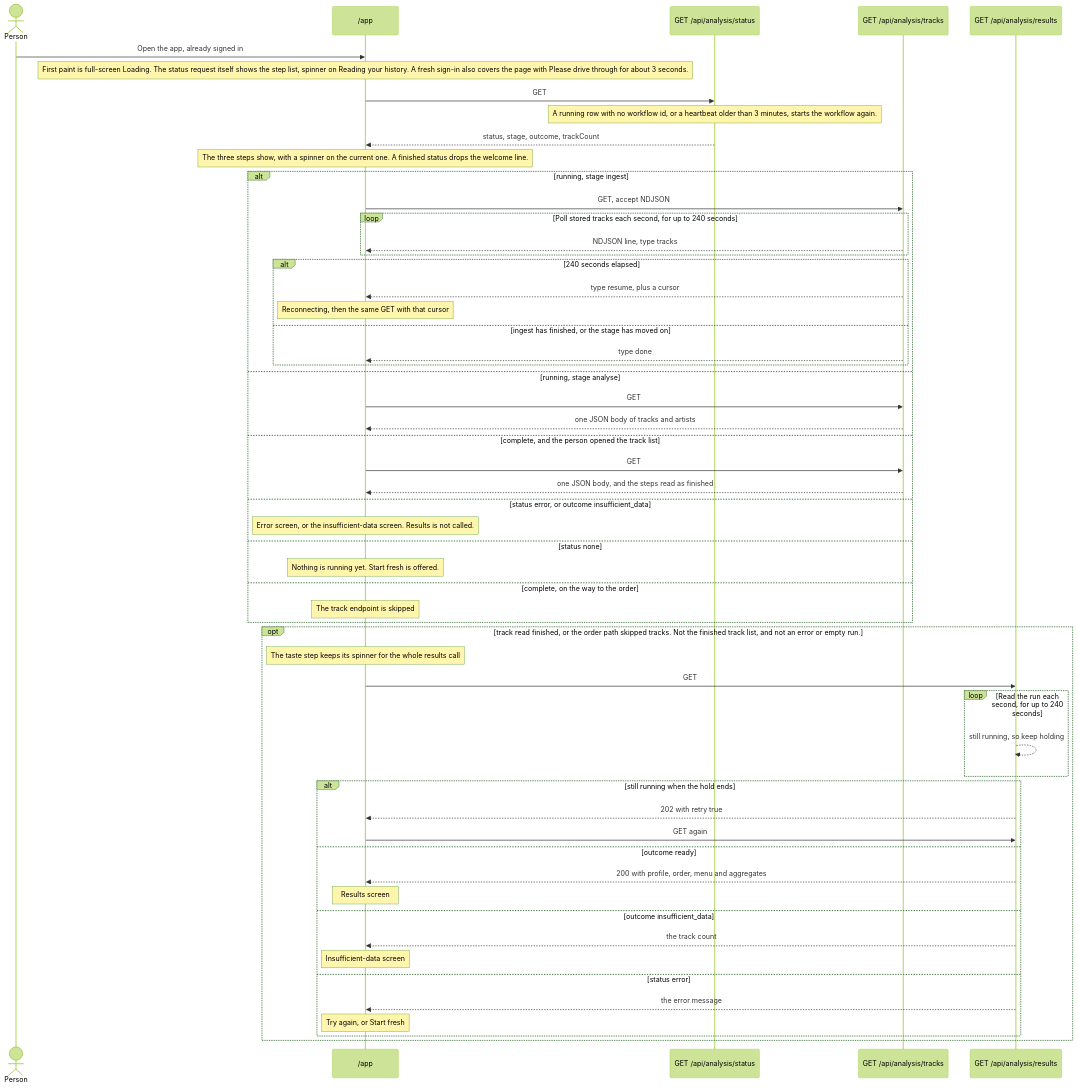
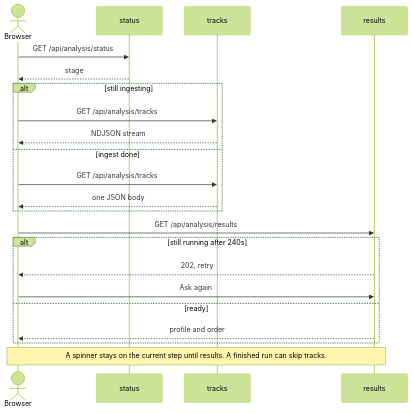
The diagram in docs/architecture/frontend-calls.mmd (laurence-presland/spotdonalds), drawn with Mermaid (forest theme) before and after one commit. The commit also changed 9 other files, not shown here.

First line of the commit message:
Simplify the architecture diagrams to the main path.

```diff
--- a/docs/architecture/frontend-calls.mmd
+++ b/docs/architecture/frontend-calls.mmd
@@ -1,57 +1,23 @@
 sequenceDiagram
-  actor Person
-  participant Page as /app
-  participant Status as GET /api/analysis/status
-  participant Tracks as GET /api/analysis/tracks
-  participant Results as GET /api/analysis/results
+  actor Browser
+  participant Status as status
+  participant Tracks as tracks
+  participant Results as results
 
-  Person->>Page: Open the app, already signed in
-  Note over Page: First paint is full-screen Loading. The status request itself shows the step list, spinner on Reading your history. A fresh sign-in also covers the page with Please drive through for about 3 seconds.
-  Page->>Status: GET
-  Note over Status: A running row with no workflow id, or a heartbeat older than 3 minutes, starts the workflow again.
-  Status-->>Page: status, stage, outcome, trackCount
-  Note over Page: The three steps show, with a spinner on the current one. A finished status drops the welcome line.
-  alt running, stage ingest
-    Page->>Tracks: GET, accept NDJSON
-    loop Poll stored tracks each second, for up to 240 seconds
-      Tracks-->>Page: NDJSON line, type tracks
-    end
-    alt 240 seconds elapsed
-      Tracks-->>Page: type resume, plus a cursor
-      Note over Page: Reconnecting, then the same GET with that cursor
-    else ingest has finished, or the stage has moved on
-      Tracks-->>Page: type done
-    end
-  else running, stage analyse
-    Page->>Tracks: GET
-    Tracks-->>Page: one JSON body of tracks and artists
-  else complete, and the person opened the track list
-    Page->>Tracks: GET
-    Tracks-->>Page: one JSON body, and the steps read as finished
-  else status error, or outcome insufficient_data
-    Note over Page: Error screen, or the insufficient-data screen. Results is not called.
-  else status none
-    Note over Page: Nothing is running yet. Start fresh is offered.
-  else complete, on the way to the order
-    Note over Page: The track endpoint is skipped
+  Browser->>Status: GET /api/analysis/status
+  Status-->>Browser: stage
+  alt still ingesting
+    Browser->>Tracks: GET /api/analysis/tracks
+    Tracks-->>Browser: NDJSON stream
+  else ingest done
+    Browser->>Tracks: GET /api/analysis/tracks
+    Tracks-->>Browser: one JSON body
   end
-  opt track read finished, or the order path skipped tracks. Not the finished track list, and not an error or empty run.
-    Note over Page: The taste step keeps its spinner for the whole results call
-    Page->>Results: GET
-    loop Read the run each second, for up to 240 seconds
-      Results-->>Results: still running, so keep holding
-    end
-    alt still running when the hold ends
-      Results-->>Page: 202 with retry true
-      Page->>Results: GET again
-    else outcome ready
-      Results-->>Page: 200 with profile, order, menu and aggregates
-      Note over Page: Results screen
-    else outcome insufficient_data
-      Results-->>Page: the track count
-      Note over Page: Insufficient-data screen
-    else status error
-      Results-->>Page: the error message
-      Note over Page: Try again, or Start fresh
-    end
+  Browser->>Results: GET /api/analysis/results
+  alt still running after 240s
+    Results-->>Browser: 202, retry
+    Browser->>Results: Ask again
+  else ready
+    Results-->>Browser: profile and order
   end
+  Note over Browser,Results: A spinner stays on the current step until results. A finished run can skip tracks.
```
